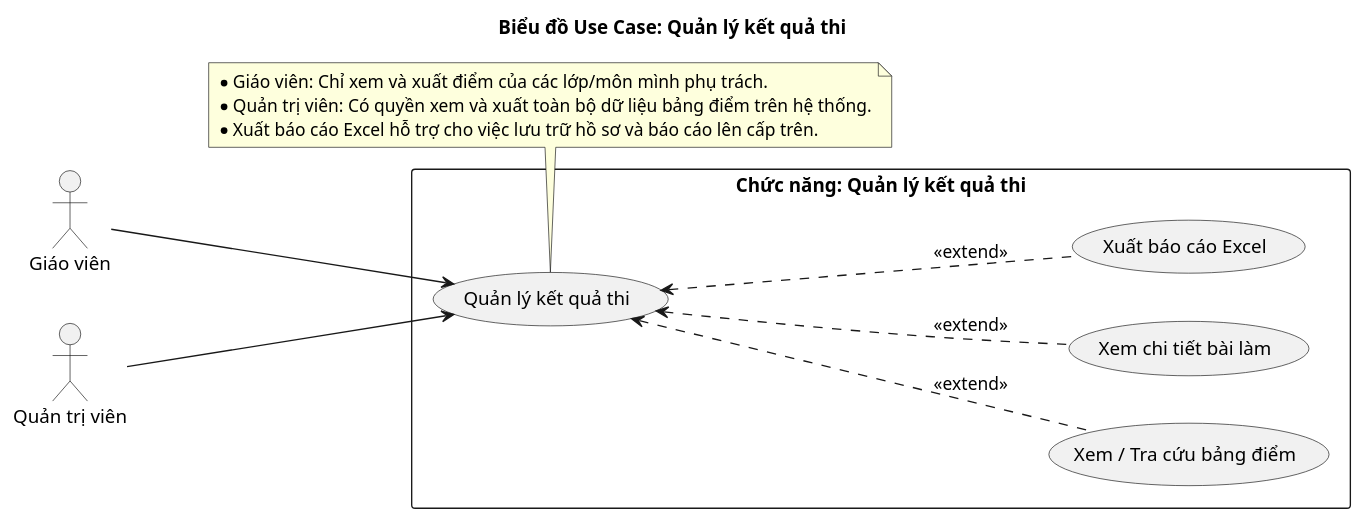
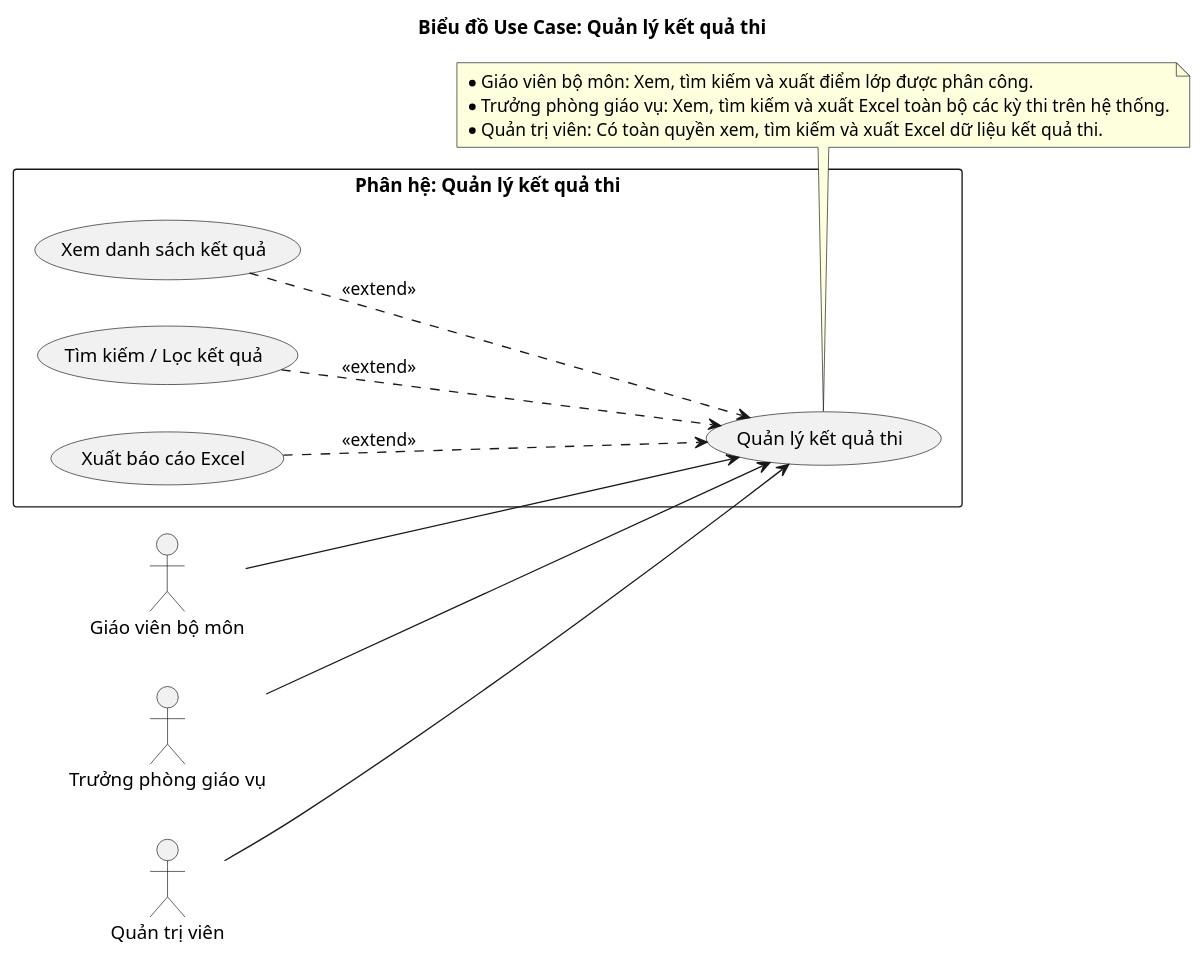
Before and after one commit to VuKV03/do-an-tot-nghiep: the first of 4 diagrams in Usecase/quanlyketquathi.md, drawn with PlantUML. The commit also changed other lines of this file and 10 other files, not shown here.

````diff
--- a/Usecase/quanlyketquathi.md
+++ b/Usecase/quanlyketquathi.md
@@ -20,31 +30,33 @@
 ```plantuml
 @startuml
 title Biểu đồ Use Case: Quản lý kết quả thi
 
 left to right direction
 skinparam packageStyle rectangle
 
-actor "Giáo viên" as GV
+actor "Giáo viên bộ môn" as GVBM
+actor "Trưởng phòng giáo vụ" as TPGV
 actor "Quản trị viên" as Admin
 
-rectangle "Chức năng: Quản lý kết quả thi" {
+rectangle "Phân hệ: Quản lý kết quả thi" {
   usecase "Quản lý kết quả thi" as MainUC
-  usecase "Xem / Tra cứu bảng điểm" as UC_Xem
-  usecase "Xem chi tiết bài làm" as UC_ChiTiet
+  usecase "Xem danh sách kết quả" as UC_Xem
+  usecase "Tìm kiếm / Lọc kết quả" as UC_TimKiem
   usecase "Xuất báo cáo Excel" as UC_Export
 
-  MainUC <.. UC_Xem : <<extend>>
-  MainUC <.. UC_ChiTiet : <<extend>>
-  MainUC <.. UC_Export : <<extend>>
+  UC_Xem ..> MainUC : <<extend>>
+  UC_TimKiem ..> MainUC : <<extend>>
+  UC_Export ..> MainUC : <<extend>>
 }
 
-GV --> MainUC
+GVBM --> MainUC
+TPGV --> MainUC
 Admin --> MainUC
 
 note bottom of MainUC
-  * Giáo viên: Chỉ xem và xuất điểm của các lớp/môn mình phụ trách.
-  * Quản trị viên: Có quyền xem và xuất toàn bộ dữ liệu bảng điểm trên hệ thống.
-  * Xuất báo cáo Excel hỗ trợ cho việc lưu trữ hồ sơ và báo cáo lên cấp trên.
+  * Giáo viên bộ môn: Xem, tìm kiếm và xuất điểm lớp được phân công.
+  * Trưởng phòng giáo vụ: Xem, tìm kiếm và xuất Excel toàn bộ các kỳ thi trên hệ thống.
+  * Quản trị viên: Có toàn quyền xem, tìm kiếm và xuất Excel dữ liệu kết quả thi.
 end note
 @enduml
 ```
````
